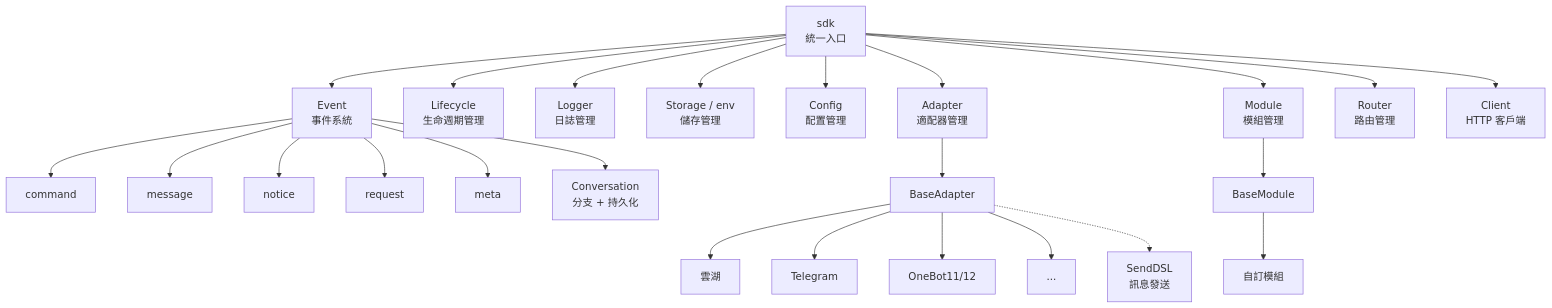
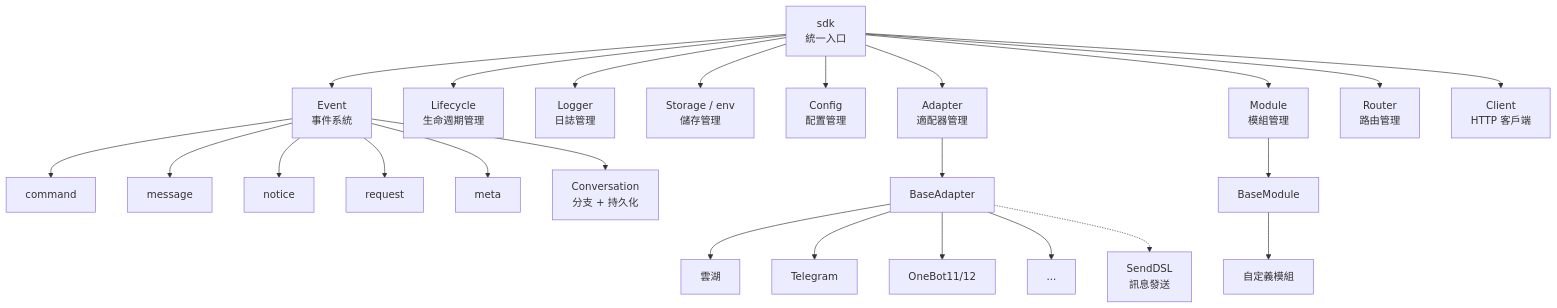
One commit to ErisPulse/ErisPulse changed the first of 10 diagrams in docs/zh-TW/architecture.md. Above: the diagram before and after it, drawn with Mermaid. The commit also changed other lines of this file and 828 other files, not shown here.

````diff
--- a/docs/zh-TW/architecture.md
+++ b/docs/zh-TW/architecture.md
@@ -9,31 +12,31 @@
 ```mermaid
 graph TB
     SDK["sdk<br/>統一入口"]
 
     SDK --> Event["Event<br/>事件系統"]
     SDK --> Lifecycle["Lifecycle<br/>生命週期管理"]
     SDK --> Logger["Logger<br/>日誌管理"]
     SDK --> Storage["Storage / env<br/>儲存管理"]
     SDK --> Config["Config<br/>配置管理"]
     SDK --> AdapterMgr["Adapter<br/>適配器管理"]
     SDK --> ModuleMgr["Module<br/>模組管理"]
     SDK --> Router["Router<br/>路由管理"]
     SDK --> Client["Client<br/>HTTP 客戶端"]
     Event --> Command["command"]
     Event --> Message["message"]
     Event --> Notice["notice"]
     Event --> Request["request"]
     Event --> Meta["meta"]
     Event --> Conversation["Conversation<br/>分支 + 持久化"]
 
     AdapterMgr --> BaseAdapter["BaseAdapter"]
     BaseAdapter --> P1["雲湖"]
     BaseAdapter --> P2["Telegram"]
     BaseAdapter --> P3["OneBot11/12"]
     BaseAdapter --> PN["..."]
 
     ModuleMgr --> BaseModule["BaseModule"]
-    BaseModule --> CM["自訂模組"]
+    BaseModule --> CM["自定義模組"]
 
     BaseAdapter -.-> SendDSL["SendDSL<br/>訊息發送"]
 ```
````
